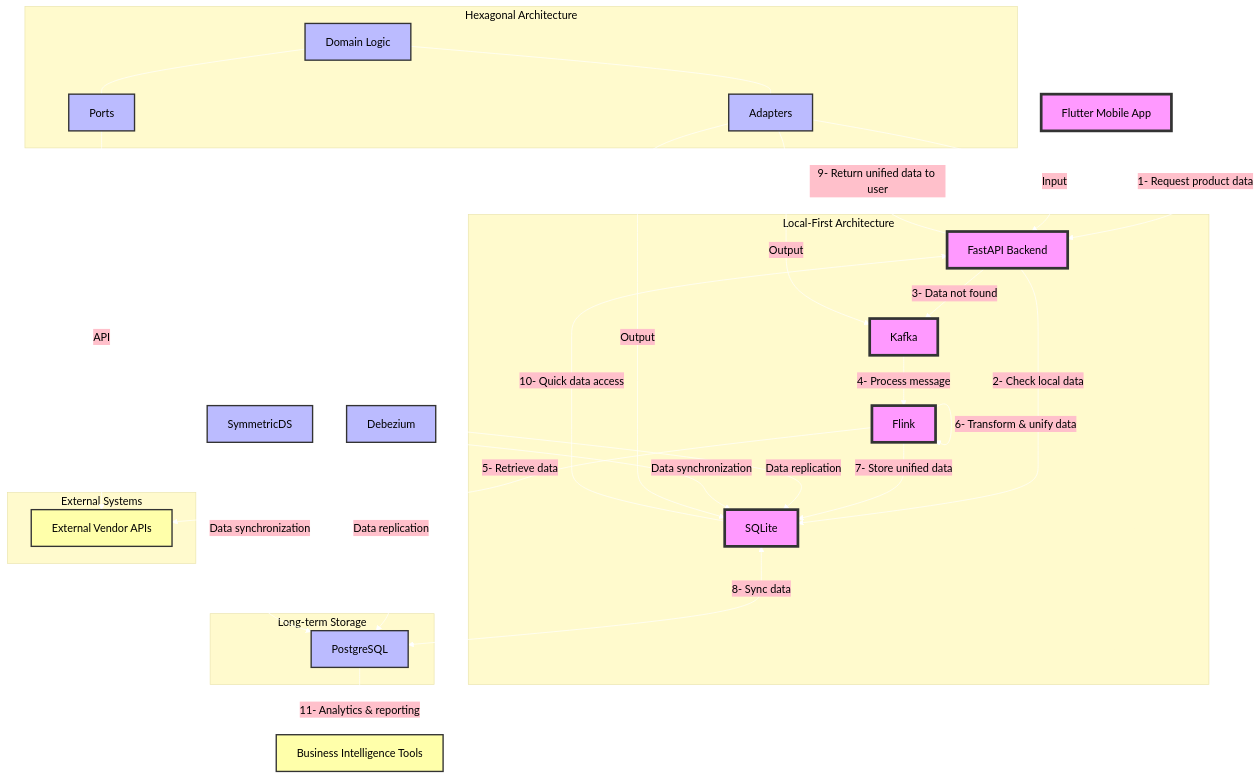
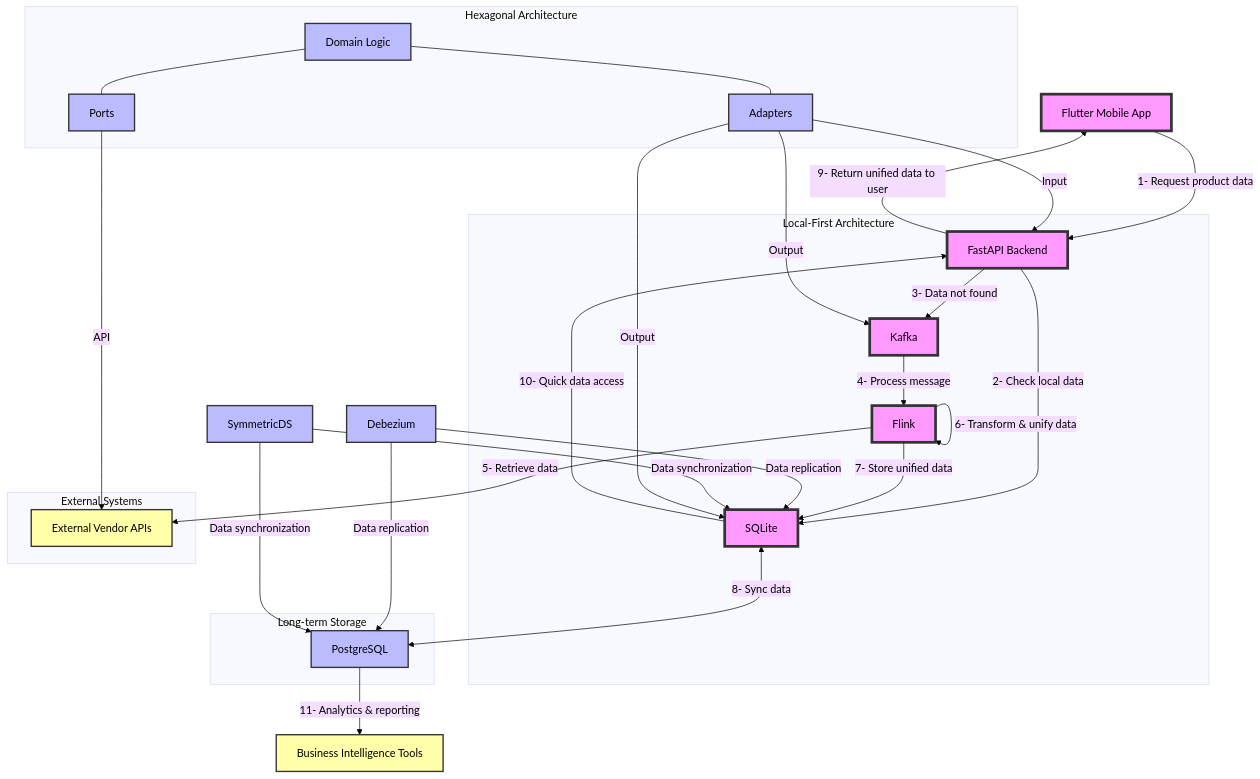
One commit to cheryiit/multivendor-catalog changed the first of 2 diagrams in readme.md. Above: the diagram before and after it, drawn with Mermaid.

````diff
--- a/readme.md
+++ b/readme.md
@@ -6,71 +6,66 @@
 ```mermaid
 %%{
   init: {
     'theme': 'base',
     'themeVariables': {
       'background': '#ffffff',
-      'primaryColor': '#e6e6fa',
-      'secondaryColor': '#ffc0cb',
-      'tertiaryColor': '#fffacd',
       'primaryTextColor': '#000000',
-      'secondaryTextColor': '#000000',
-      'tertiaryTextColor': '#000000',
-      'lineColor': '#ffffff',
+      'lineColor': '#000000',
       'fontFamily': 'arial'
     }
   }
 }%%
 graph TD
     A[Flutter Mobile App] -->|1- Request product data| B[FastAPI Backend]
     B -->|2- Check local data| C[SQLite]
     B -->|3- Data not found| D[Kafka]
     D -->|4- Process message| E[Flink]
     E -->|5- Retrieve data| F[External Vendor APIs]
     E -->|6- Transform & unify data| E
     E -->|7- Store unified data| C
     C <-->|8- Sync data| G[PostgreSQL]
 
     subgraph "Local-First Architecture"
         B
         C
         D
         E
     end
 
     subgraph "External Systems"
         F
     end
 
     subgraph "Long-term Storage"
         G
     end
 
     H[Debezium] -->|Data replication| C
     H -->|Data replication| G
     I[SymmetricDS] -->|Data synchronization| C
     I -->|Data synchronization| G
 
     subgraph "Hexagonal Architecture"
         J[Domain Logic]
         K[Adapters]
         L[Ports]
         J --- K
         J --- L
         K -->|Input| B
         K -->|Output| C
         K -->|Output| D
         L -->|API| F
     end
 
     B -->|9- Return unified data to user| A
     C -->|10- Quick data access| B
     G -->|11- Analytics & reporting| M[Business Intelligence Tools]
 
     classDef primary fill:#f9f,stroke:#333,stroke-width:4px;
     classDef secondary fill:#bbf,stroke:#333,stroke-width:2px;
     classDef external fill:#ffa,stroke:#333,stroke-width:2px;
 
     class A,B,C,D,E primary;
     class G,H,I,J,K,L secondary;
     class F,M external;
 ```
````
